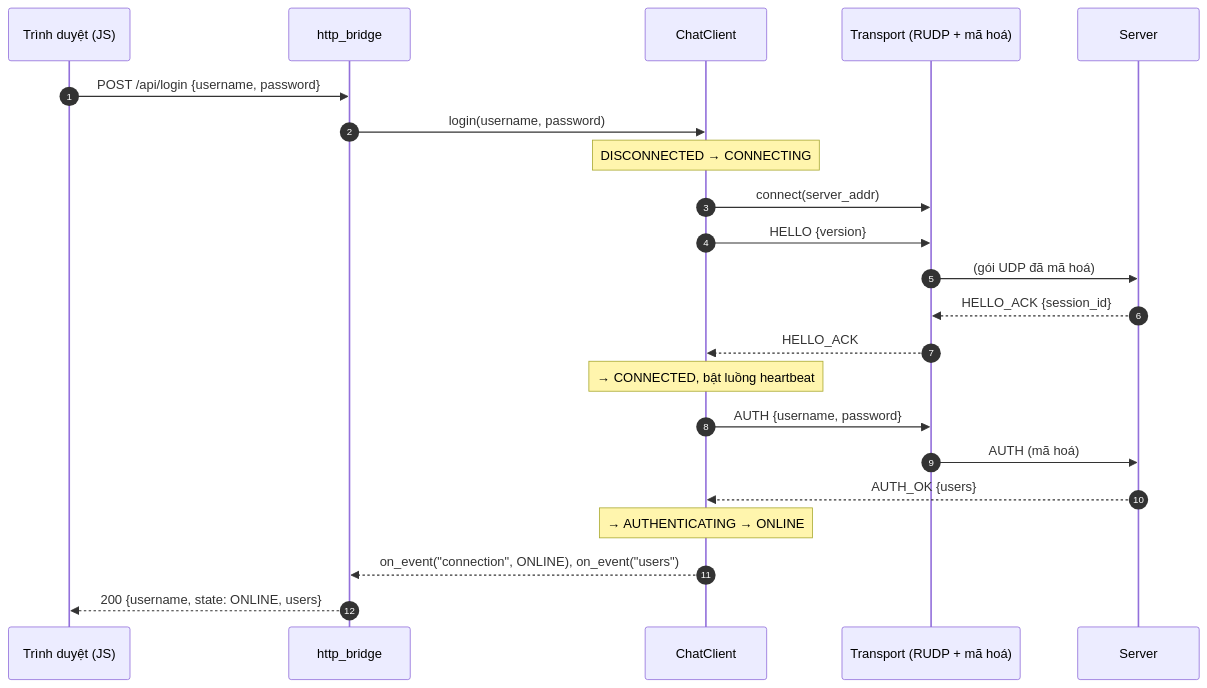
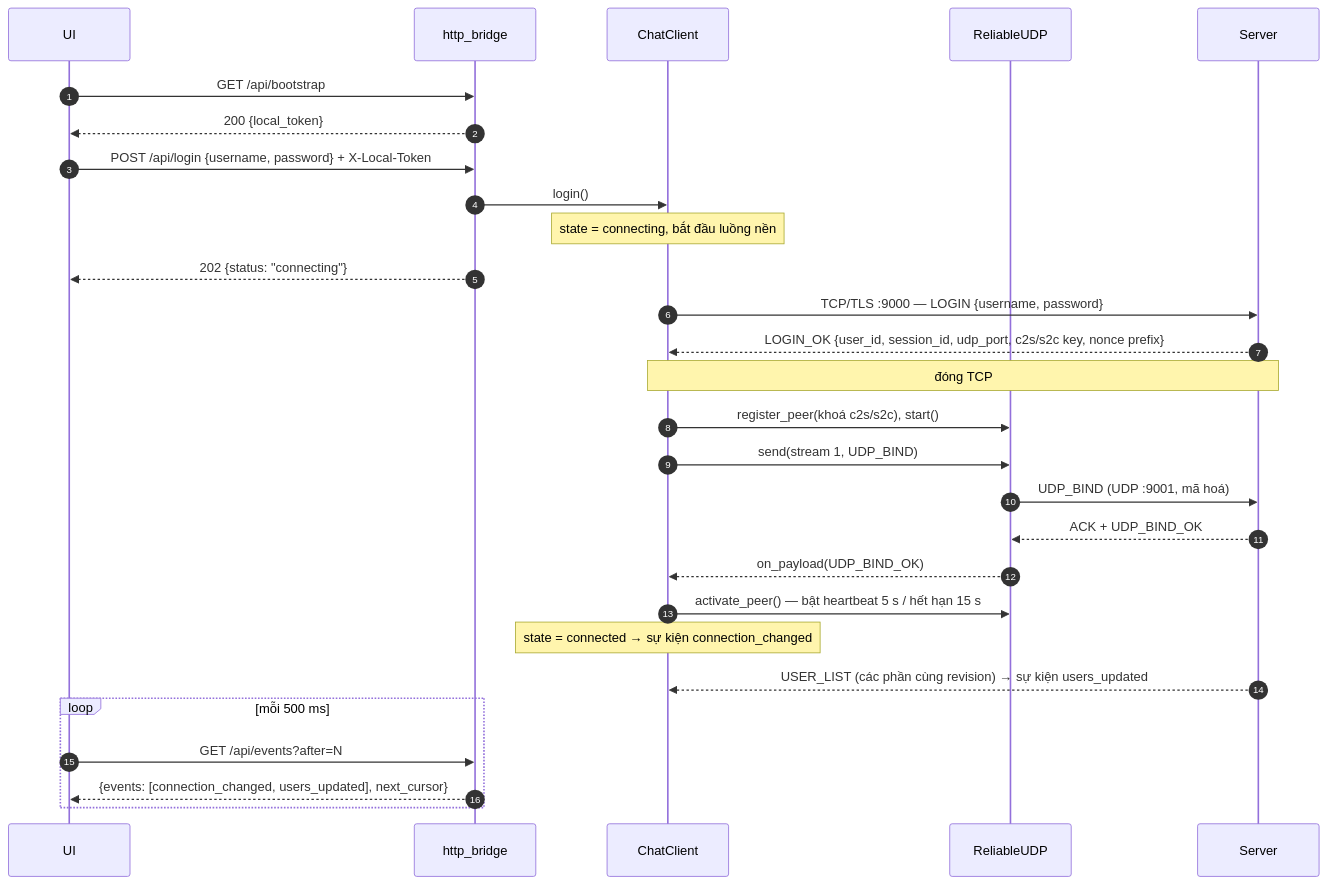
The first of 5 diagrams in docs/sequence.md (LevinDaWiz/TN-CO3094-ComputerNetwork-ASM1), drawn with Mermaid before and after one commit. The commit also changed other lines of this file and 4 other files, not shown here.

````diff
--- a/docs/sequence.md
+++ b/docs/sequence.md
@@ -9,25 +13,31 @@
 ```mermaid
 sequenceDiagram
     autonumber
-    participant UI as Trình duyệt (JS)
+    participant UI
     participant HB as http_bridge
     participant CL as ChatClient
-    participant TR as Transport (RUDP + mã hoá)
+    participant RU as ReliableUDP
     participant SV as Server
 
-    UI->>HB: POST /api/login {username, password}
-    HB->>CL: login(username, password)
-    Note over CL: DISCONNECTED → CONNECTING
-    CL->>TR: connect(server_addr)
-    CL->>TR: HELLO {version}
-    TR->>SV: (gói UDP đã mã hoá)
-    SV-->>TR: HELLO_ACK {session_id}
-    TR-->>CL: HELLO_ACK
-    Note over CL: → CONNECTED, bật luồng heartbeat
-    CL->>TR: AUTH {username, password}
-    TR->>SV: AUTH (mã hoá)
-    SV-->>CL: AUTH_OK {users}
-    Note over CL: → AUTHENTICATING → ONLINE
-    CL-->>HB: on_event("connection", ONLINE), on_event("users")
-    HB-->>UI: 200 {username, state: ONLINE, users}
+    UI->>HB: GET /api/bootstrap
+    HB-->>UI: 200 {local_token}
+    UI->>HB: POST /api/login {username, password} + X-Local-Token
+    HB->>CL: login()
+    Note over CL: state = connecting, bắt đầu luồng nền
+    HB-->>UI: 202 {status: "connecting"}
+    CL->>SV: TCP/TLS :9000 — LOGIN {username, password}
+    SV-->>CL: LOGIN_OK {user_id, session_id, udp_port, c2s/s2c key, nonce prefix}
+    Note over CL,SV: đóng TCP
+    CL->>RU: register_peer(khoá c2s/s2c), start()
+    CL->>RU: send(stream 1, UDP_BIND)
+    RU->>SV: UDP_BIND (UDP :9001, mã hoá)
+    SV-->>RU: ACK + UDP_BIND_OK
+    RU-->>CL: on_payload(UDP_BIND_OK)
+    CL->>RU: activate_peer() — bật heartbeat 5 s / hết hạn 15 s
+    Note over CL: state = connected → sự kiện connection_changed
+    SV-->>CL: USER_LIST (các phần cùng revision) → sự kiện users_updated
+    loop mỗi 500 ms
+        UI->>HB: GET /api/events?after=N
+        HB-->>UI: {events: [connection_changed, users_updated], next_cursor}
+    end
 ```
````
